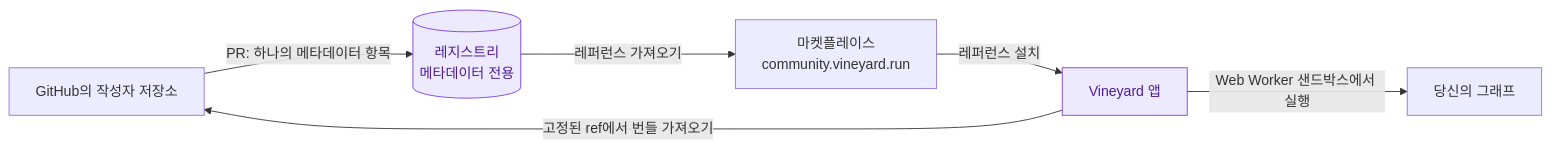
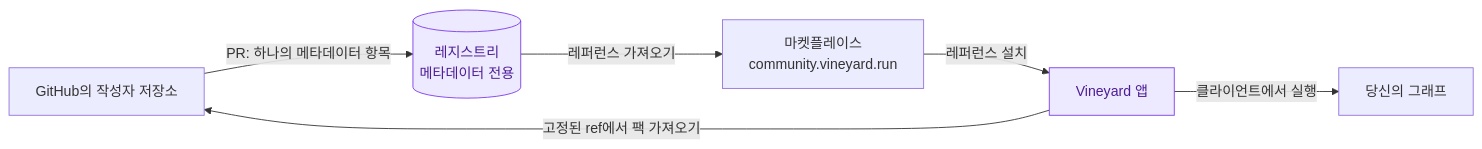
One commit to Vineyard-Intelligence/documentation changed the diagram in docs/index.ko.md. Above: the diagram before and after it, drawn with Mermaid. The commit also changed other lines of this file and 39 other files, not shown here.

````diff
--- a/docs/index.ko.md
+++ b/docs/index.ko.md
@@ -48,10 +48,10 @@
 ```mermaid
 flowchart LR
     A[GitHub의 작성자 저장소] -->|PR: 하나의 메타데이터 항목| B[(레지스트리<br/>메타데이터 전용)]
     B -->|레퍼런스 가져오기| C[마켓플레이스<br/>community.vineyard.run]
     C -->|레퍼런스 설치| D[Vineyard 앱]
-    D -->|고정된 ref에서 번들 가져오기| A
-    D -->|Web Worker 샌드박스에서 실행| E[당신의 그래프]
+    D -->|고정된 ref에서 팩 가져오기| A
+    D -->|클라이언트에서 실행| E[당신의 그래프]
     style B fill:#ede9fe,stroke:#7c3aed,color:#4c1d95
     style D fill:#ede9fe,stroke:#7c3aed,color:#4c1d95
 ```
````
